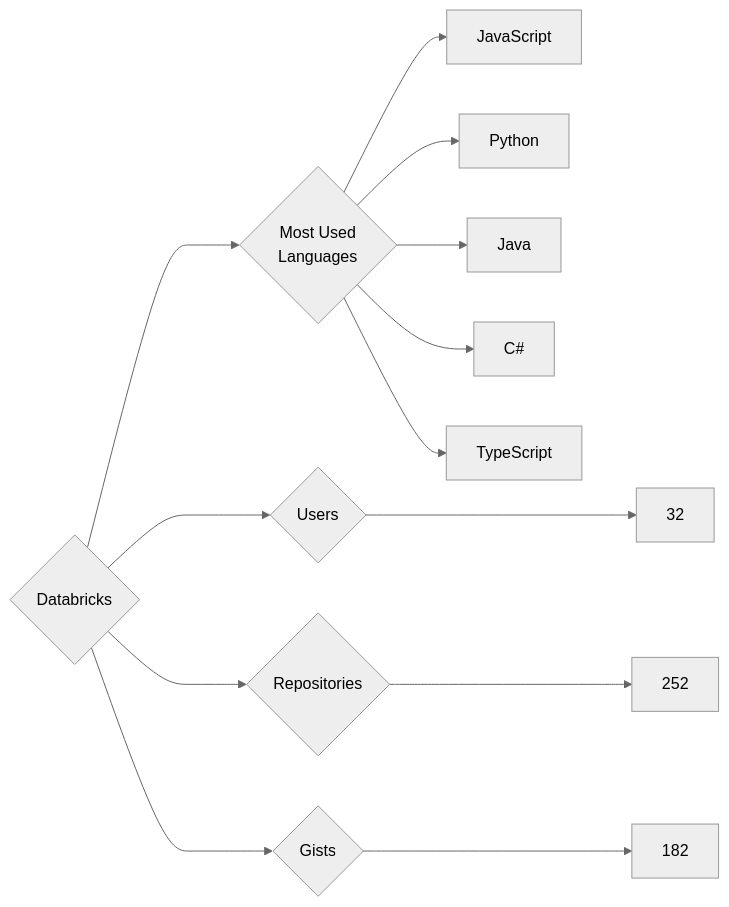
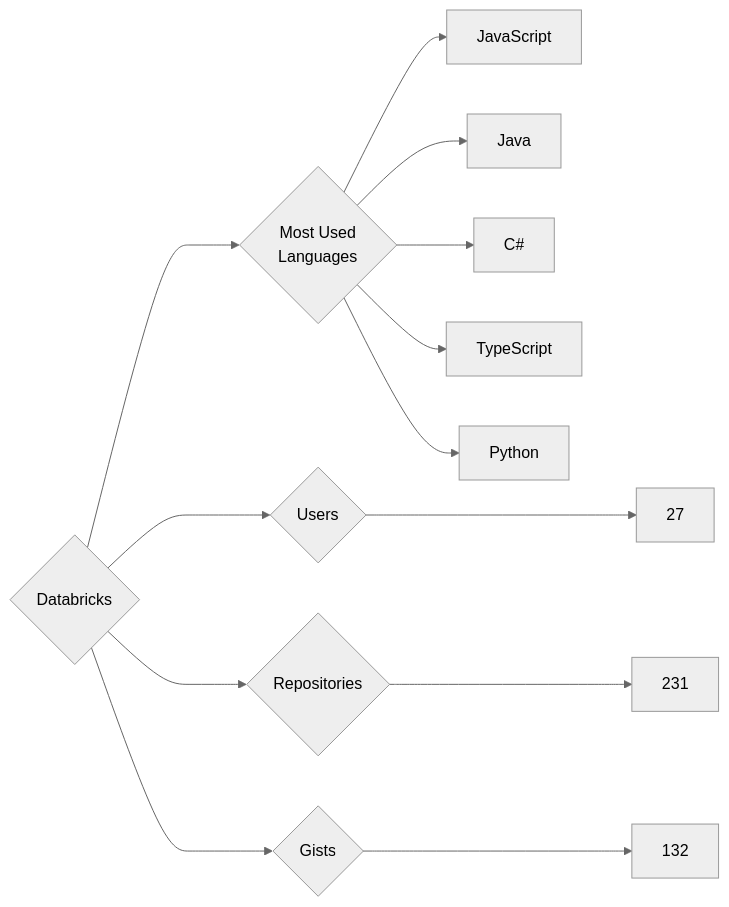
Before and after one commit to trickest/insiders: the diagram in targets/Databricks/README.md, drawn with Mermaid (neutral theme). The commit also changed 772 other files, not shown here.

````diff
--- a/targets/Databricks/README.md
+++ b/targets/Databricks/README.md
@@ -3,13 +3,13 @@
 ```mermaid
 graph LR
 COMPANY_NAME{Databricks}
-COMPANY_NAME ---> U{Users} ---> UN[32]
-COMPANY_NAME ---> R{Repositories} ---> RN[252]
-COMPANY_NAME ---> G{Gists} ---> GN[182]
+COMPANY_NAME ---> U{Users} ---> UN[27]
+COMPANY_NAME ---> R{Repositories} ---> RN[231]
+COMPANY_NAME ---> G{Gists} ---> GN[132]
 COMPANY_NAME ---> ML{Most Used<br>Languages}
 ML --> JavaScript[JavaScript]
-ML --> Python[Python]
 ML --> Java[Java]
 ML --> C#[C#]
 ML --> TypeScript[TypeScript]
+ML --> Python[Python]
 ```
````
